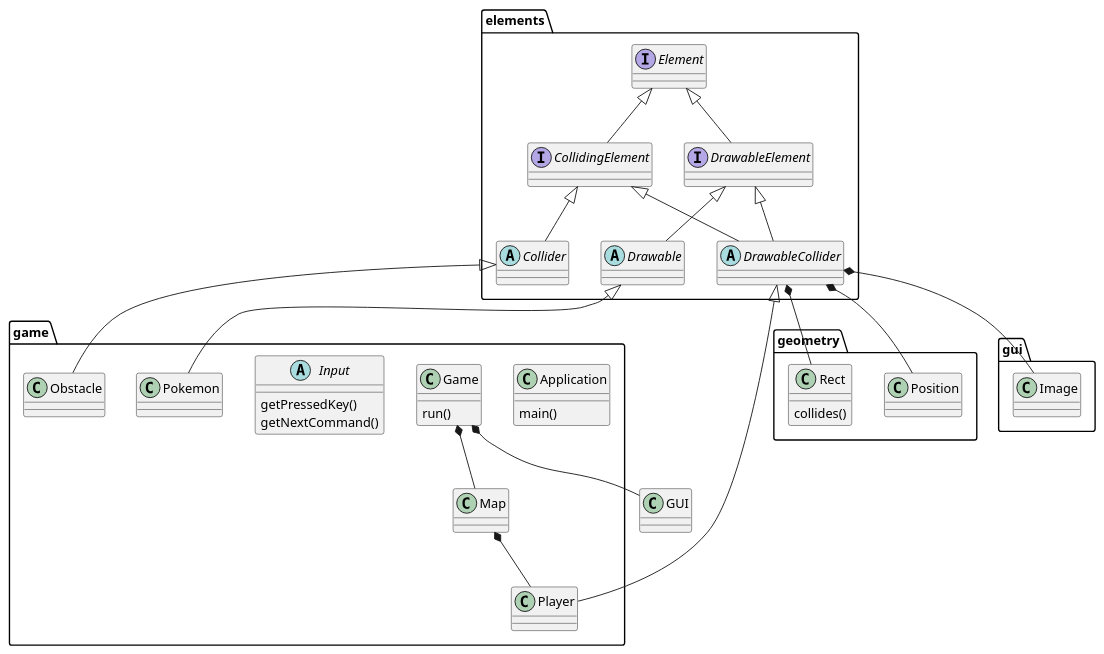
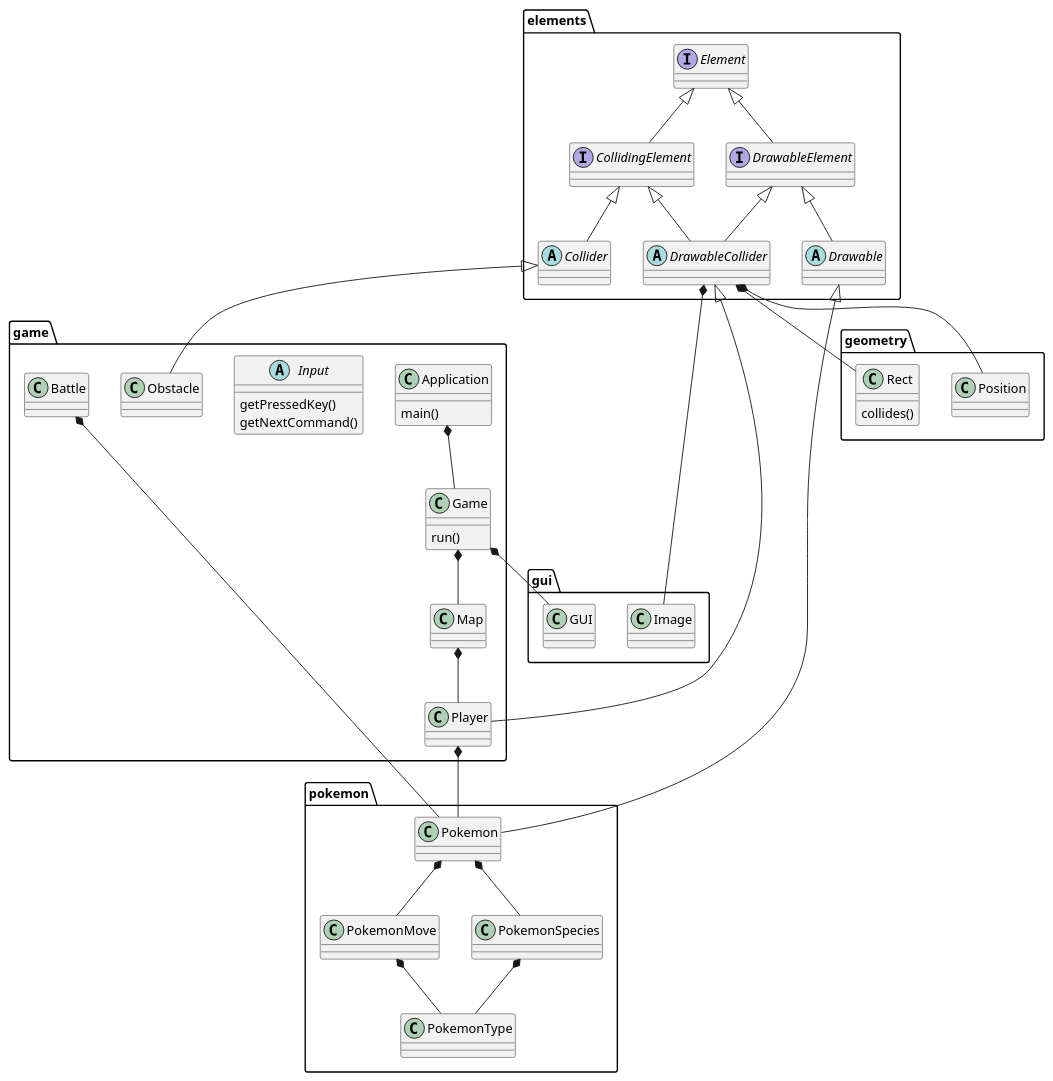
One commit to Educorreia932/FEUP-LPOO changed the diagram in uml.puml. Above: the diagram before and after it, drawn with PlantUML. The commit also changed 15 other files, not shown here.

```diff
--- a/uml.puml
+++ b/uml.puml
@@ -1,68 +1,93 @@
 @startuml
 
 package elements {
     interface CollidingElement
     interface DrawableElement
     interface Element
     abstract class Drawable
     abstract class Collider
     abstract class DrawableCollider
 }
 
 package game {
     class Application {
         main()
     }
 
     class Game {
         run()
     }
 
     abstract class Input {
         getPressedKey()
         getNextCommand()
     }
 
     class Map
     class Player
-    class Pokemon
     class Obstacle
+    class Battle
 }
 
 package geometry {
     class Position
 
     class Rect {
         collides()
     }
 }
 
 package gui {
     class Image
 }
+
+package pokemon {
+    class Pokemon
+    class PokemonMove
+    class PokemonSpecies
+    class PokemonType
+}
+
+package gui {
+    class GUI
+    class Image
+}
+
+Application *-- Game
 
 Game *-- GUI
 Game *-- Map
 
 Map *-- Player
 
 Element <|-- CollidingElement
 Element <|-- DrawableElement
 
 DrawableCollider *-- Position
 DrawableCollider *-- Image
 DrawableCollider *-- Rect
 
 CollidingElement <|-- Collider
 CollidingElement <|-- DrawableCollider
 
 DrawableElement <|-- Drawable
 DrawableElement <|-- DrawableCollider
 
 DrawableCollider <|-- Player
 
 Drawable <|-- Pokemon
 
 Collider <|-- Obstacle
 
+Player *-- Pokemon
+
+Battle *-- Pokemon
+
+Pokemon *-- PokemonMove
+Pokemon *-- PokemonSpecies
+
+PokemonSpecies *-- PokemonType
+
+PokemonMove *-- PokemonType
+
 @enduml
```
